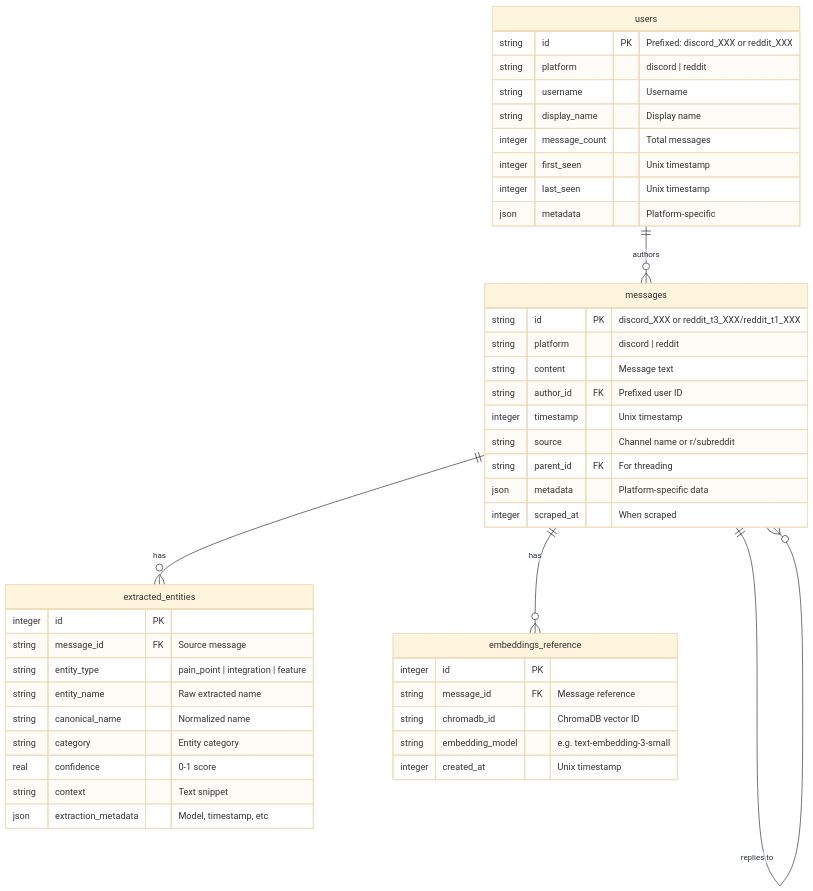
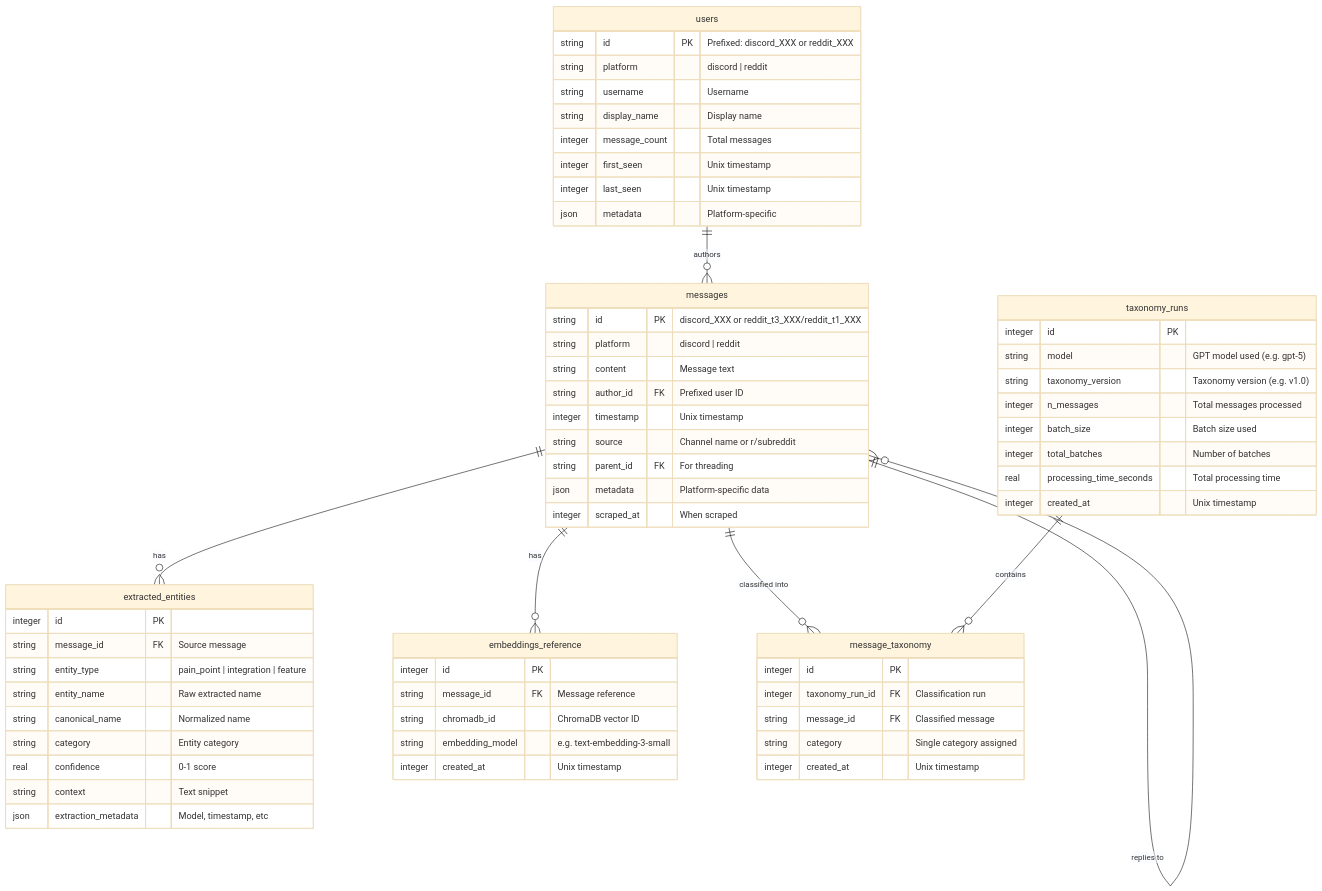
The second of 4 diagrams in README.md (ul0gic/discredit), drawn with Mermaid (base theme) before and after one commit. The commit also changed other lines of this file and 4 other files, not shown here.

Commit message:
Implement taxonomy classification system: add taxonomy and message taxonomy tables, create taxonomy classifier module, and develop results viewing script

````diff
--- a/README.md
+++ b/README.md
@@ -117,50 +124,71 @@
 ```mermaid
 erDiagram
     messages ||--o{ extracted_entities : "has"
     messages ||--o{ embeddings_reference : "has"
+    messages ||--o{ message_taxonomy : "classified into"
+    taxonomy_runs ||--o{ message_taxonomy : "contains"
     users ||--o{ messages : "authors"
     messages ||--o{ messages : "replies to"
 
     messages {
         string id PK "discord_XXX or reddit_t3_XXX/reddit_t1_XXX"
         string platform "discord | reddit"
         string content "Message text"
         string author_id FK "Prefixed user ID"
         integer timestamp "Unix timestamp"
         string source "Channel name or r/subreddit"
         string parent_id FK "For threading"
         json metadata "Platform-specific data"
         integer scraped_at "When scraped"
     }
 
     users {
         string id PK "Prefixed: discord_XXX or reddit_XXX"
         string platform "discord | reddit"
         string username "Username"
         string display_name "Display name"
         integer message_count "Total messages"
         integer first_seen "Unix timestamp"
         integer last_seen "Unix timestamp"
         json metadata "Platform-specific"
     }
 
     extracted_entities {
         integer id PK
         string message_id FK "Source message"
         string entity_type "pain_point | integration | feature"
         string entity_name "Raw extracted name"
         string canonical_name "Normalized name"
         string category "Entity category"
         real confidence "0-1 score"
         string context "Text snippet"
         json extraction_metadata "Model, timestamp, etc"
     }
 
     embeddings_reference {
         integer id PK
         string message_id FK "Message reference"
         string chromadb_id "ChromaDB vector ID"
         string embedding_model "e.g. text-embedding-3-small"
         integer created_at "Unix timestamp"
     }
+
+    taxonomy_runs {
+        integer id PK
+        string model "GPT model used (e.g. gpt-5)"
+        string taxonomy_version "Taxonomy version (e.g. v1.0)"
+        integer n_messages "Total messages processed"
+        integer batch_size "Batch size used"
+        integer total_batches "Number of batches"
+        real processing_time_seconds "Total processing time"
+        integer created_at "Unix timestamp"
+    }
+
+    message_taxonomy {
+        integer id PK
+        integer taxonomy_run_id FK "Classification run"
+        string message_id FK "Classified message"
+        string category "Single category assigned"
+        integer created_at "Unix timestamp"
+    }
 ```
````
